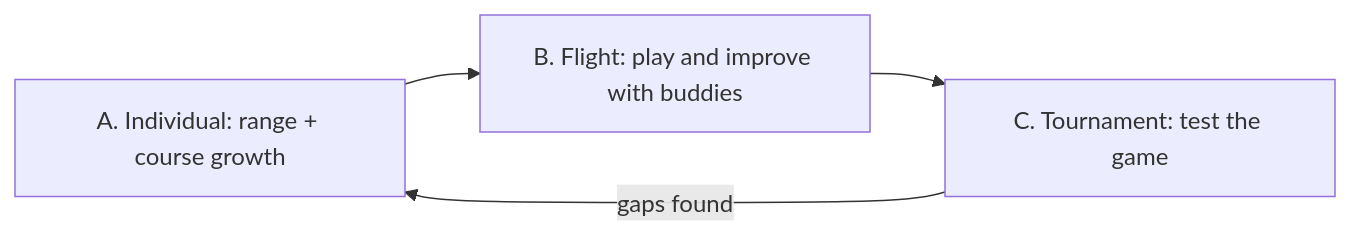
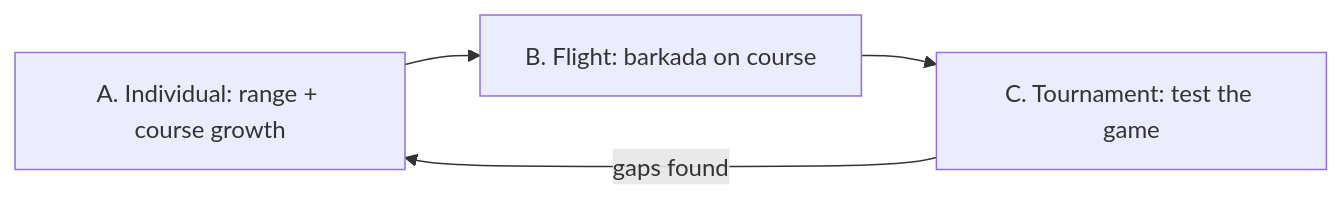
The first of 2 diagrams in docs/context/Roadmap-V3.md (ograva/My-Golf-Diary), drawn with Mermaid before and after one commit. The commit also changed other lines of this file, not shown here.

Commit message:
docs: reframe V3 roadmap as V2 completion + Grint-derived PH expansion

````diff
--- a/docs/context/Roadmap-V3.md
+++ b/docs/context/Roadmap-V3.md
@@ -12,6 +18,6 @@
 ```mermaid
 flowchart LR
-  Solo["A. Individual: range + course growth"] --> Flight["B. Flight: play and improve with buddies"]
+  Solo["A. Individual: range + course growth"] --> Flight["B. Flight: barkada on course"]
   Flight --> Tourney["C. Tournament: test the game"]
   Tourney -->|"gaps found"| Solo
 ```
````
